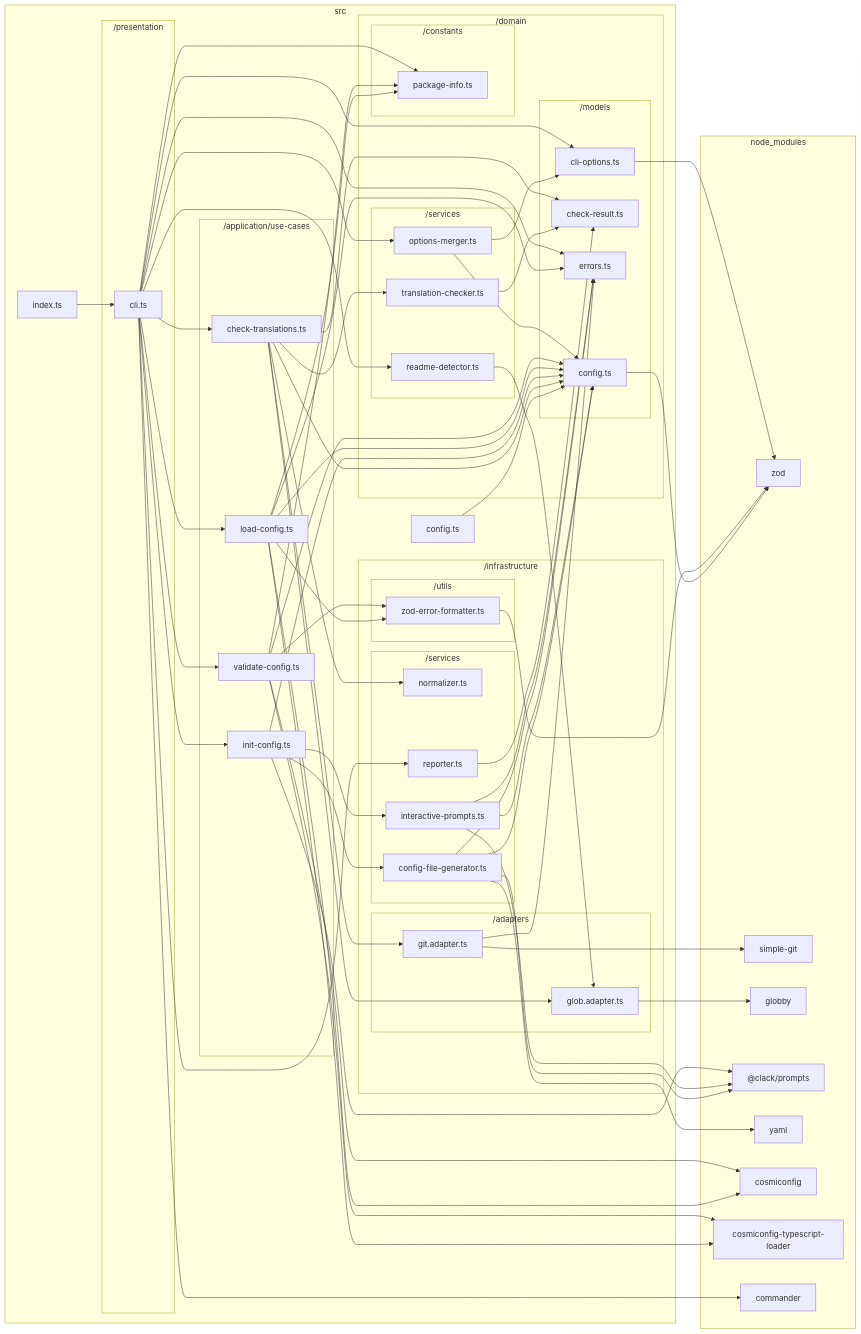
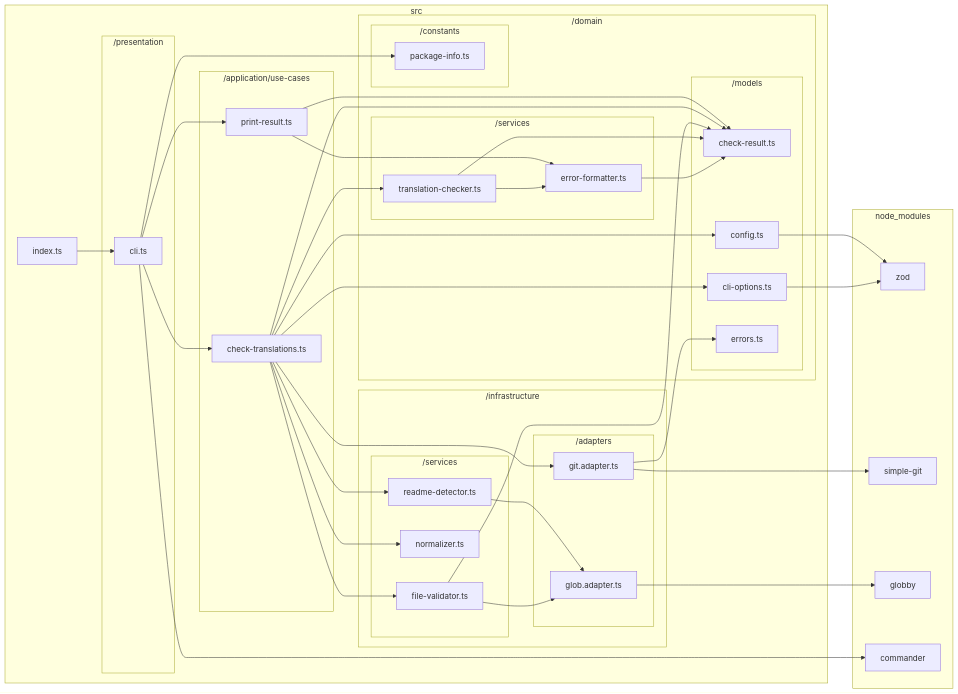
Before and after one commit to sugurutakahashi-1234/readme-i18n-sentinel: the diagram in docs/reports/dependencies/deps-graph.md, drawn with Mermaid. The commit also changed 36 other files, not shown here.

````diff
--- a/docs/reports/dependencies/deps-graph.md
+++ b/docs/reports/dependencies/deps-graph.md
@@ -7,19 +7,17 @@
 ```mermaid
 flowchart LR
     subgraph src["src"]
-        src/config.ts["config.ts"]
         src/index.ts["index.ts"]
         subgraph src/domain["/domain"]
             subgraph src/domain/models["/models"]
+                src/domain/models/check//result.ts["check-result.ts"]
+                src/domain/models/cli//options.ts["cli-options.ts"]
                 src/domain/models/config.ts["config.ts"]
-                src/domain/models/check//result.ts["check-result.ts"]
                 src/domain/models/errors.ts["errors.ts"]
-                src/domain/models/cli//options.ts["cli-options.ts"]
             end
             subgraph src/domain/services["/services"]
+                src/domain/services/error//formatter.ts["error-formatter.ts"]
                 src/domain/services/translation//checker.ts["translation-checker.ts"]
-                src/domain/services/options//merger.ts["options-merger.ts"]
-                src/domain/services/readme//detector.ts["readme-detector.ts"]
             end
             subgraph src/domain/constants["/constants"]
                 src/domain/constants/package//info.ts["package-info.ts"]
@@ -31,20 +29,14 @@
                 src/infrastructure/adapters/glob.adapter.ts["glob.adapter.ts"]
             end
             subgraph src/infrastructure/services["/services"]
+                src/infrastructure/services/file//validator.ts["file-validator.ts"]
                 src/infrastructure/services/normalizer.ts["normalizer.ts"]
-                src/infrastructure/services/config//file//generator.ts["config-file-generator.ts"]
-                src/infrastructure/services/interactive//prompts.ts["interactive-prompts.ts"]
-                src/infrastructure/services/reporter.ts["reporter.ts"]
-            end
-            subgraph src/infrastructure/utils["/utils"]
-                src/infrastructure/utils/zod//error//formatter.ts["zod-error-formatter.ts"]
+                src/infrastructure/services/readme//detector.ts["readme-detector.ts"]
             end
         end
         subgraph src/application/use//cases["/application/use-cases"]
             src/application/use//cases/check//translations.ts["check-translations.ts"]
-            src/application/use//cases/init//config.ts["init-config.ts"]
-            src/application/use//cases/load//config.ts["load-config.ts"]
-            src/application/use//cases/validate//config.ts["validate-config.ts"]
+            src/application/use//cases/print//result.ts["print-result.ts"]
         end
         subgraph src/presentation["/presentation"]
             src/presentation/cli.ts["cli.ts"]
@@ -54,62 +46,32 @@
         node//modules/zod/index.d.cts["zod"]
         node//modules/simple//git/dist/typings/index.d.ts["simple-git"]
         node//modules/globby/index.d.ts["globby"]
-        node//modules///clack/prompts/dist/index.d.ts["@clack/prompts"]
-        node//modules/yaml/dist/index.d.ts["yaml"]
-        node//modules/cosmiconfig/dist/index.d.ts["cosmiconfig"]
-        node//modules/cosmiconfig//typescript//loader/dist/types/index.d.ts["cosmiconfig-typescript-loader"]
         node//modules/commander/typings/index.d.ts["commander"]
     end
+    src/domain/models/cli//options.ts-->node//modules/zod/index.d.cts
     src/domain/models/config.ts-->node//modules/zod/index.d.cts
-    src/config.ts-->src/domain/models/config.ts
+    src/domain/services/error//formatter.ts-->src/domain/models/check//result.ts
     src/domain/services/translation//checker.ts-->src/domain/models/check//result.ts
+    src/domain/services/translation//checker.ts-->src/domain/services/error//formatter.ts
     src/infrastructure/adapters/git.adapter.ts-->node//modules/simple//git/dist/typings/index.d.ts
     src/infrastructure/adapters/git.adapter.ts-->src/domain/models/errors.ts
     src/infrastructure/adapters/glob.adapter.ts-->node//modules/globby/index.d.ts
+    src/infrastructure/services/file//validator.ts-->src/domain/models/check//result.ts
+    src/infrastructure/services/file//validator.ts-->src/infrastructure/adapters/glob.adapter.ts
+    src/infrastructure/services/readme//detector.ts-->src/infrastructure/adapters/glob.adapter.ts
     src/application/use//cases/check//translations.ts-->src/domain/models/check//result.ts
+    src/application/use//cases/check//translations.ts-->src/domain/models/cli//options.ts
     src/application/use//cases/check//translations.ts-->src/domain/models/config.ts
     src/application/use//cases/check//translations.ts-->src/domain/services/translation//checker.ts
     src/application/use//cases/check//translations.ts-->src/infrastructure/adapters/git.adapter.ts
-    src/application/use//cases/check//translations.ts-->src/infrastructure/adapters/glob.adapter.ts
+    src/application/use//cases/check//translations.ts-->src/infrastructure/services/file//validator.ts
     src/application/use//cases/check//translations.ts-->src/infrastructure/services/normalizer.ts
-    src/infrastructure/services/config//file//generator.ts-->node//modules///clack/prompts/dist/index.d.ts
-    src/infrastructure/services/config//file//generator.ts-->node//modules/yaml/dist/index.d.ts
-    src/infrastructure/services/config//file//generator.ts-->src/domain/models/config.ts
-    src/infrastructure/services/config//file//generator.ts-->src/domain/models/errors.ts
-    src/infrastructure/services/interactive//prompts.ts-->node//modules///clack/prompts/dist/index.d.ts
-    src/infrastructure/services/interactive//prompts.ts-->src/domain/models/config.ts
-    src/infrastructure/services/interactive//prompts.ts-->src/domain/models/errors.ts
-    src/application/use//cases/init//config.ts-->node//modules///clack/prompts/dist/index.d.ts
-    src/application/use//cases/init//config.ts-->src/domain/models/config.ts
-    src/application/use//cases/init//config.ts-->src/infrastructure/services/config//file//generator.ts
-    src/application/use//cases/init//config.ts-->src/infrastructure/services/interactive//prompts.ts
-    src/infrastructure/utils/zod//error//formatter.ts-->node//modules/zod/index.d.cts
-    src/application/use//cases/load//config.ts-->node//modules/cosmiconfig/dist/index.d.ts
-    src/application/use//cases/load//config.ts-->node//modules/cosmiconfig//typescript//loader/dist/types/index.d.ts
-    src/application/use//cases/load//config.ts-->src/domain/constants/package//info.ts
-    src/application/use//cases/load//config.ts-->src/domain/models/config.ts
-    src/application/use//cases/load//config.ts-->src/domain/models/errors.ts
-    src/application/use//cases/load//config.ts-->src/infrastructure/utils/zod//error//formatter.ts
-    src/application/use//cases/validate//config.ts-->node//modules/cosmiconfig/dist/index.d.ts
-    src/application/use//cases/validate//config.ts-->node//modules/cosmiconfig//typescript//loader/dist/types/index.d.ts
-    src/application/use//cases/validate//config.ts-->src/domain/constants/package//info.ts
-    src/application/use//cases/validate//config.ts-->src/domain/models/config.ts
-    src/application/use//cases/validate//config.ts-->src/infrastructure/utils/zod//error//formatter.ts
-    src/domain/models/cli//options.ts-->node//modules/zod/index.d.cts
-    src/domain/services/options//merger.ts-->src/domain/models/cli//options.ts
-    src/domain/services/options//merger.ts-->src/domain/models/config.ts
-    src/domain/services/readme//detector.ts-->src/infrastructure/adapters/glob.adapter.ts
-    src/infrastructure/services/reporter.ts-->src/domain/models/check//result.ts
+    src/application/use//cases/check//translations.ts-->src/infrastructure/services/readme//detector.ts
+    src/application/use//cases/print//result.ts-->src/domain/models/check//result.ts
+    src/application/use//cases/print//result.ts-->src/domain/services/error//formatter.ts
     src/presentation/cli.ts-->node//modules/commander/typings/index.d.ts
     src/presentation/cli.ts-->src/application/use//cases/check//translations.ts
-    src/presentation/cli.ts-->src/application/use//cases/init//config.ts
-    src/presentation/cli.ts-->src/application/use//cases/load//config.ts
-    src/presentation/cli.ts-->src/application/use//cases/validate//config.ts
+    src/presentation/cli.ts-->src/application/use//cases/print//result.ts
     src/presentation/cli.ts-->src/domain/constants/package//info.ts
-    src/presentation/cli.ts-->src/domain/models/cli//options.ts
-    src/presentation/cli.ts-->src/domain/models/errors.ts
-    src/presentation/cli.ts-->src/domain/services/options//merger.ts
-    src/presentation/cli.ts-->src/domain/services/readme//detector.ts
-    src/presentation/cli.ts-->src/infrastructure/services/reporter.ts
     src/index.ts-->src/presentation/cli.ts
 ```
````
